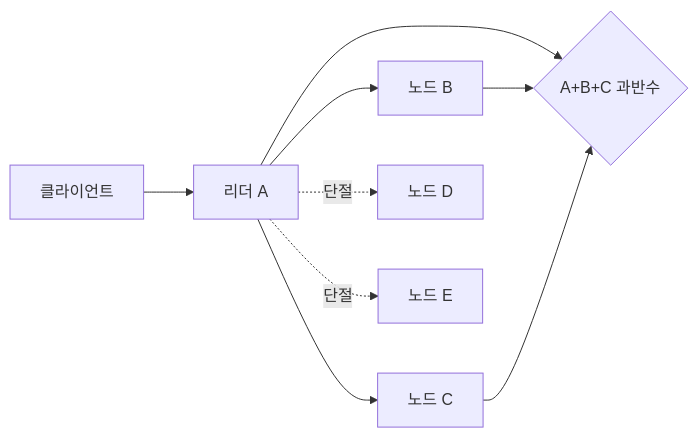
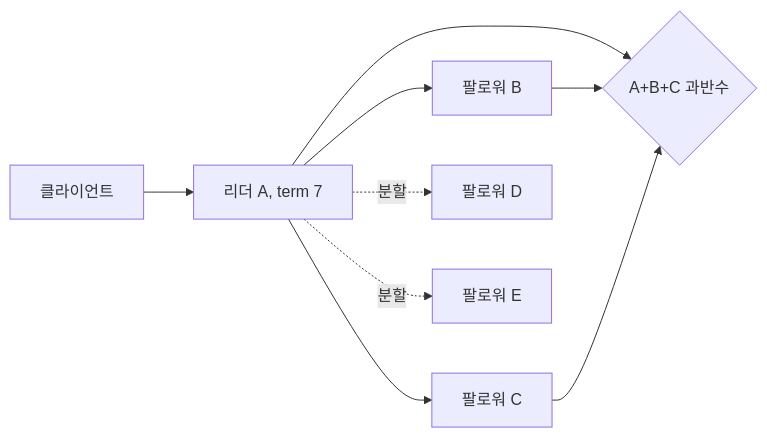
The diagram in learning/distributed-systems/04-leaders-quorums-and-partitions.md (mj006648/netai-devsecops-runbook), drawn with Mermaid before and after one commit. The commit also changed other lines of this file and 62 other files, not shown here.

````diff
--- a/learning/distributed-systems/04-leaders-quorums-and-partitions.md
+++ b/learning/distributed-systems/04-leaders-quorums-and-partitions.md
@@ -77,11 +33,11 @@
 ```mermaid
 flowchart LR
-    C[클라이언트] --> L[리더 A]
-    L --> B[노드 B]
-    L --> N[노드 C]
-    L -. 단절 .-> D[노드 D]
-    L -. 단절 .-> E[노드 E]
-    L --> Q{A+B+C 과반수}
+    U[클라이언트] --> A[리더 A, term 7]
+    A --> B[팔로워 B]
+    A --> C[팔로워 C]
+    A -. 분할 .-> D[팔로워 D]
+    A -. 분할 .-> E[팔로워 E]
+    A --> Q{A+B+C 과반수}
     B --> Q
-    N --> Q
+    C --> Q
 ```
````
